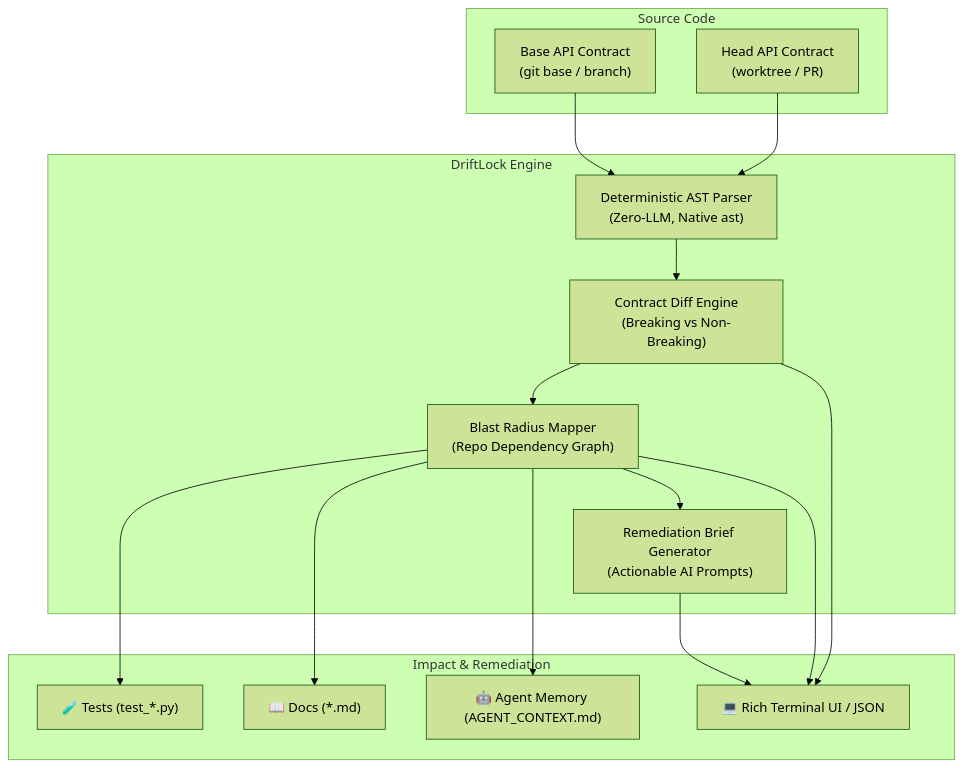
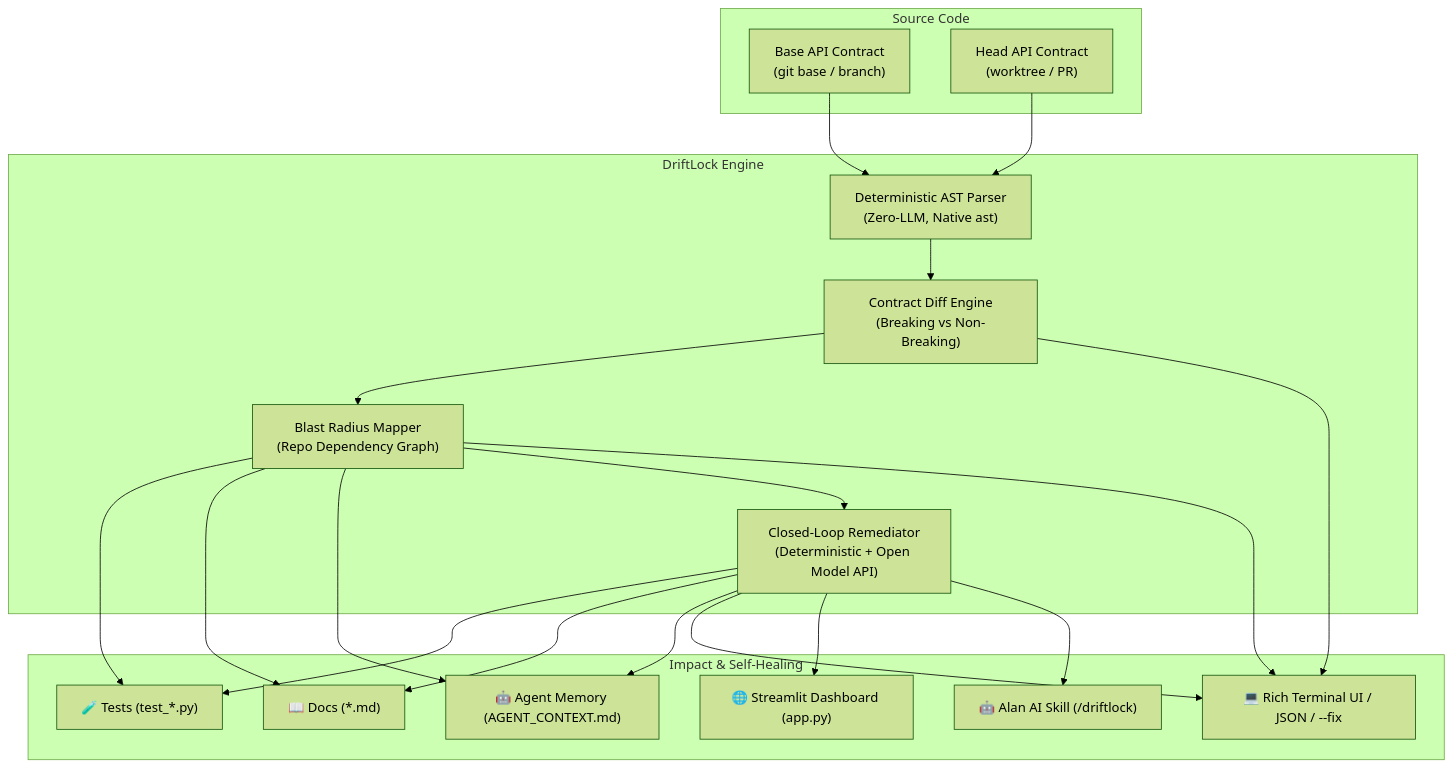
The diagram in README.md (Jishnu1618/Driftlock), drawn with Mermaid (forest theme) before and after one commit. The commit also changed other lines of this file and 10 other files, not shown here.

Commit message:
feat: add closed-loop remediation engine for automated contract drift patching

````diff
--- a/README.md
+++ b/README.md
@@ -39,33 +42,40 @@
 ```mermaid
 flowchart TD
     subgraph Input ["Source Code"]
         Base["Base API Contract\n(git base / branch)"]
         Head["Head API Contract\n(worktree / PR)"]
     end
 
     subgraph CoreEngine ["DriftLock Engine"]
         ASTParser["Deterministic AST Parser\n(Zero-LLM, Native ast)"]
         DiffEngine["Contract Diff Engine\n(Breaking vs Non-Breaking)"]
         BlastMapper["Blast Radius Mapper\n(Repo Dependency Graph)"]
-        Remediation["Remediation Brief Generator\n(Actionable AI Prompts)"]
+        Remediator["Closed-Loop Remediator\n(Deterministic + Open Model API)"]
     end
 
-    subgraph Output ["Impact & Remediation"]
+    subgraph Output ["Impact & Self-Healing"]
         Tests["🧪 Tests (test_*.py)"]
         Docs["📖 Docs (*.md)"]
         AgentContext["🤖 Agent Memory (AGENT_CONTEXT.md)"]
-        CLI["💻 Rich Terminal UI / JSON"]
+        CLI["💻 Rich Terminal UI / JSON / --fix"]
+        WebUI["🌐 Streamlit Dashboard (app.py)"]
+        AlanSkill["🤖 Alan AI Skill (/driftlock)"]
     end
 
     Base --> ASTParser
     Head --> ASTParser
     ASTParser --> DiffEngine
     DiffEngine --> BlastMapper
     BlastMapper --> Tests
     BlastMapper --> Docs
     BlastMapper --> AgentContext
-    BlastMapper --> Remediation
+    BlastMapper --> Remediator
+    Remediator --> Tests
+    Remediator --> Docs
+    Remediator --> AgentContext
     DiffEngine --> CLI
     BlastMapper --> CLI
-    Remediation --> CLI
+    Remediator --> CLI
+    Remediator --> WebUI
+    Remediator --> AlanSkill
 ```
````
